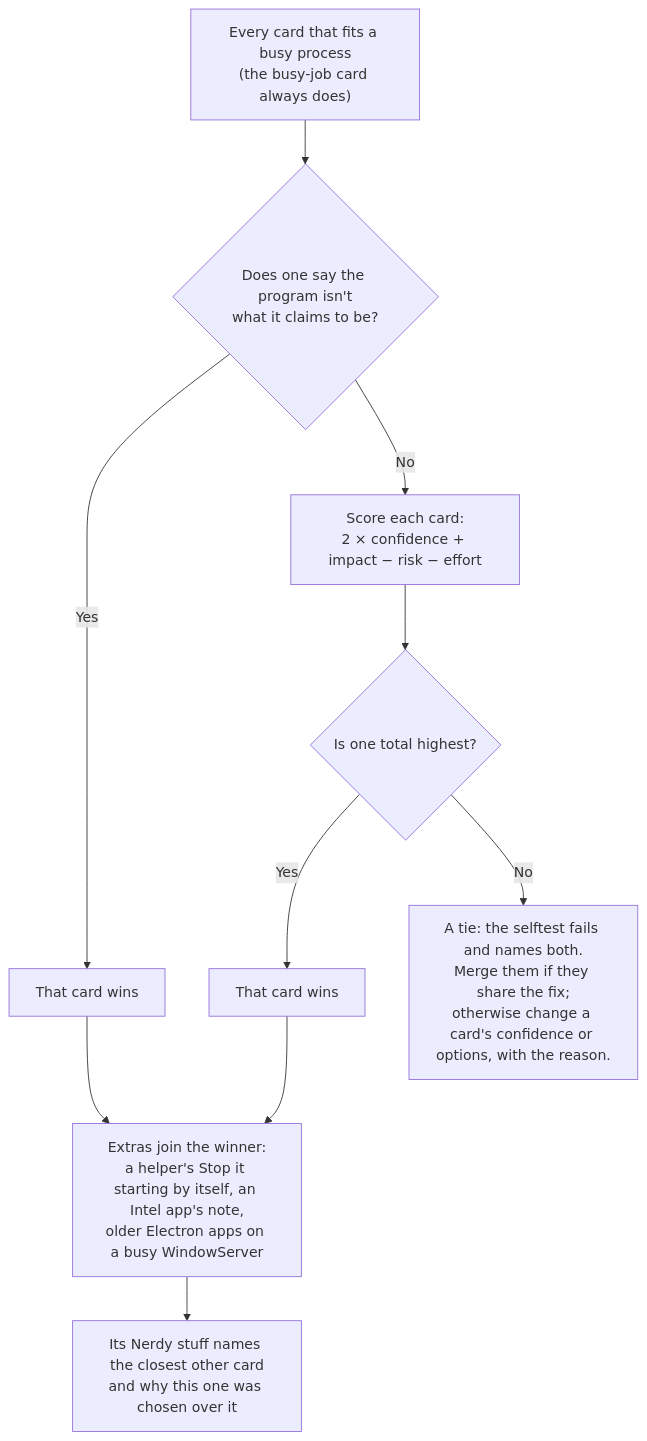
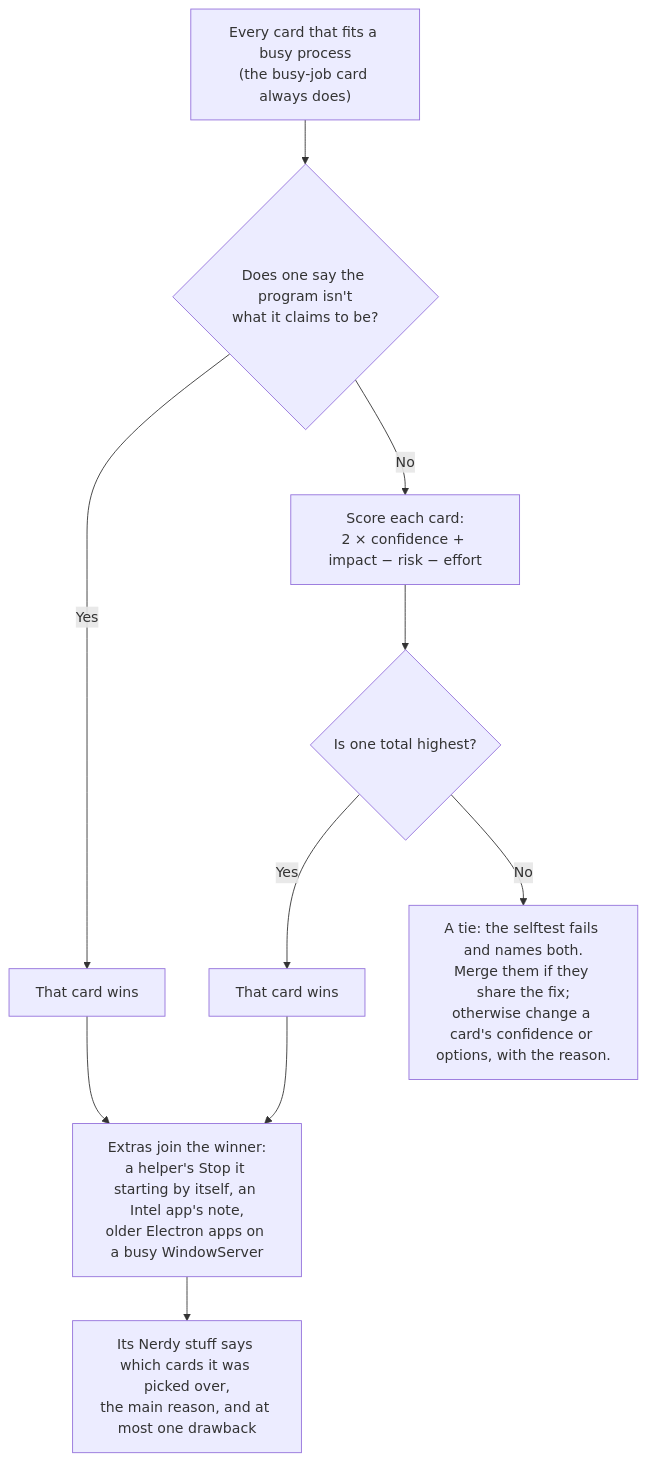
The diagram in docs/DIAGNOSIS.md (ThePhilDiamond/CoolHead), drawn with Mermaid before and after one commit. The commit also changed other lines of this file and 10 other files, not shown here.

Commit message:
Lead the why line with what was picked over what, and the main reason

````diff
--- a/docs/DIAGNOSIS.md
+++ b/docs/DIAGNOSIS.md
@@ -72,11 +72,11 @@
 ```mermaid
 flowchart TD
     start["Every card that fits a busy process<br/>(the busy-job card always does)"] --> identity
     identity{"Does one say the program isn't<br/>what it claims to be?"} -- Yes --> identityWins["That card wins"]
     identity -- No --> score["Score each card:<br/>2 × confidence + impact − risk − effort"]
     score --> top{"Is one total highest?"}
     top -- Yes --> topWins["That card wins"]
     top -- No --> tie["A tie: the selftest fails and names both.<br/>Merge them if they share the fix;<br/>otherwise change a card's confidence or options, with the reason."]
     identityWins & topWins --> extras["Extras join the winner:<br/>a helper's Stop it starting by itself, an Intel app's note,<br/>older Electron apps on a busy WindowServer"]
-    extras --> why["Its Nerdy stuff names the closest other card<br/>and why this one was chosen over it"]
+    extras --> why["Its Nerdy stuff says which cards it was picked over,<br/>the main reason, and at most one drawback"]
 ```
````
